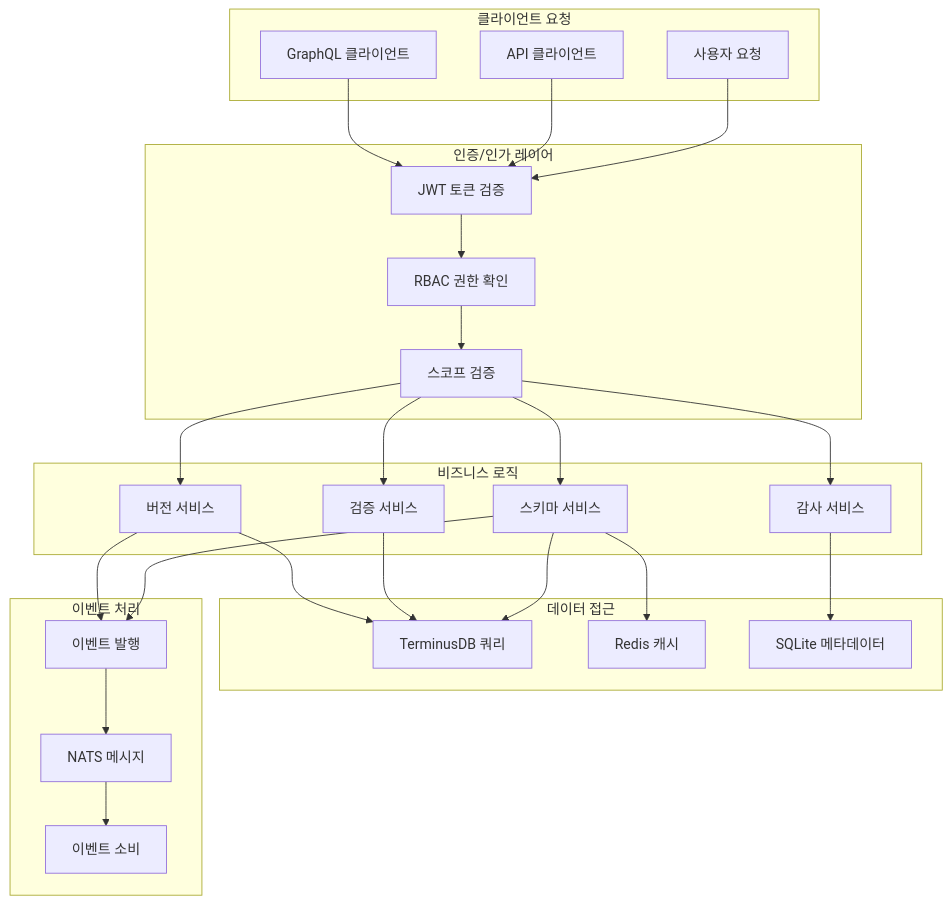
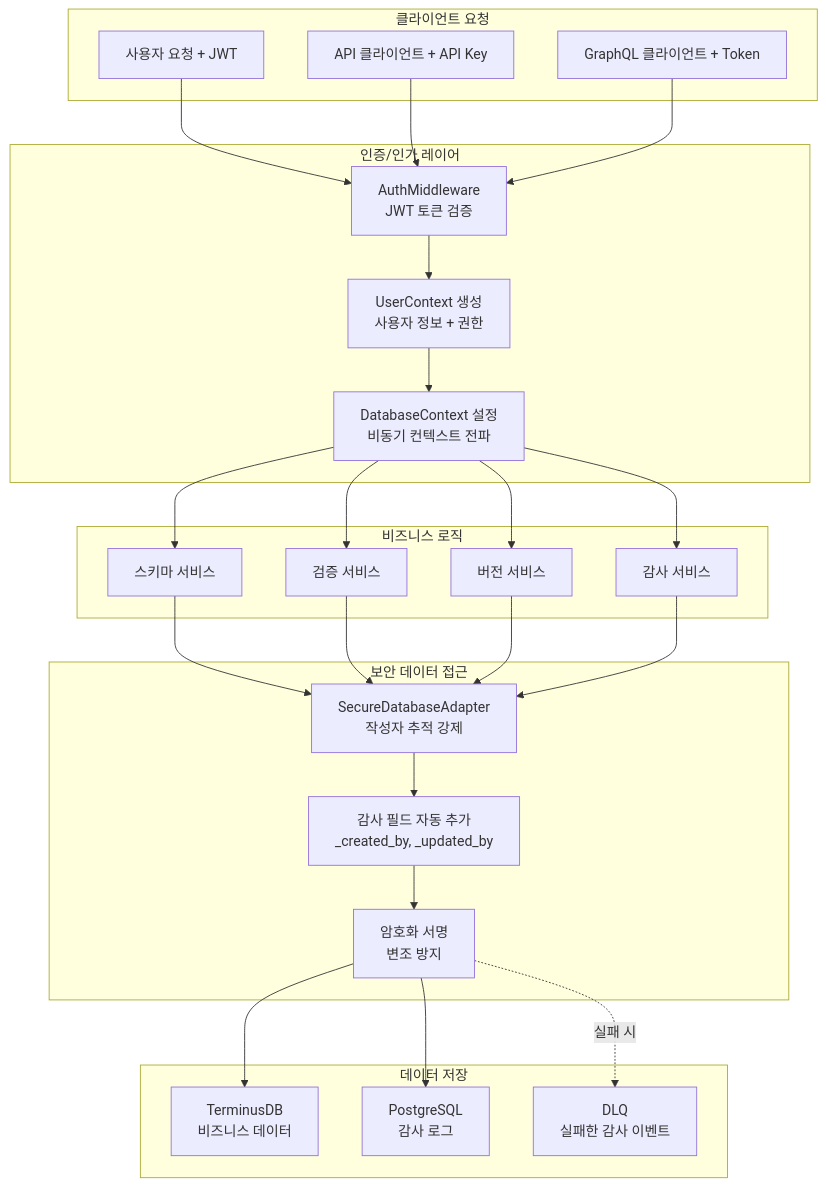
The fourth of 5 diagrams in oms-monolith/ARCHITECTURE.md (ludia8888/Icon-Blaster), drawn with Mermaid before and after one commit. The commit also changed other lines of this file and 70 other files, not shown here.

First line of the commit message:
feat: Complete IAM-TerminusDB integration with secure author tracking

````diff
--- a/oms-monolith/ARCHITECTURE.md
+++ b/oms-monolith/ARCHITECTURE.md
@@ -72,56 +155,57 @@
 ```mermaid
 flowchart TD
     subgraph "클라이언트 요청"
-        A[사용자 요청]
-        B[API 클라이언트]
-        C[GraphQL 클라이언트]
+        A[사용자 요청 + JWT]
+        B[API 클라이언트 + API Key]
+        C[GraphQL 클라이언트 + Token]
     end
 
     subgraph "인증/인가 레이어"
-        D[JWT 토큰 검증]
-        E[RBAC 권한 확인]
-        F[스코프 검증]
+        D[AuthMiddleware<br/>JWT 토큰 검증]
+        E[UserContext 생성<br/>사용자 정보 + 권한]
+        F[DatabaseContext 설정<br/>비동기 컨텍스트 전파]
     end
 
     subgraph "비즈니스 로직"
         G[스키마 서비스]
         H[검증 서비스]
         I[버전 서비스]
         J[감사 서비스]
     end
 
-    subgraph "데이터 접근"
-        K[TerminusDB 쿼리]
-        L[Redis 캐시]
-        M[SQLite 메타데이터]
+    subgraph "보안 데이터 접근"
+        K[SecureDatabaseAdapter<br/>작성자 추적 강제]
+        L[감사 필드 자동 추가<br/>_created_by, _updated_by]
+        M[암호화 서명<br/>변조 방지]
     end
 
-    subgraph "이벤트 처리"
-        N[이벤트 발행]
-        O[NATS 메시지]
-        P[이벤트 소비]
+    subgraph "데이터 저장"
+        N[TerminusDB<br/>비즈니스 데이터]
+        O[PostgreSQL<br/>감사 로그]
+        P[DLQ<br/>실패한 감사 이벤트]
     end
 
     A --> D
     B --> D
     C --> D
     
     D --> E
     E --> F
     
     F --> G
     F --> H
     F --> I
     F --> J
     
     G --> K
-    G --> L
     H --> K
     I --> K
-    J --> M
+    J --> K
     
-    G --> N
-    I --> N
-    N --> O
-    O --> P
+    K --> L
+    L --> M
+    
+    M --> N
+    M --> O
+    M -.->|실패 시| P
 ```
````
